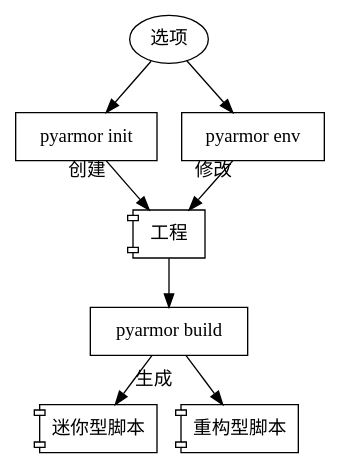
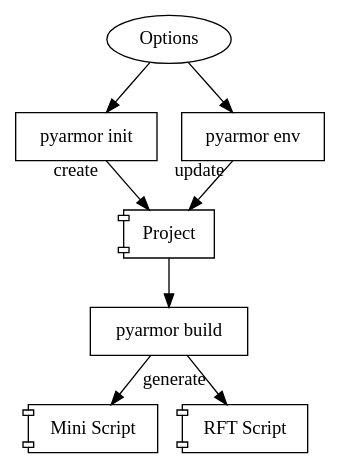
Before and after one commit to dashingsoft/dashingsoft.github.io: the third of 3 diagrams in pyarmor/docs/user/concepts.rst, drawn with Graphviz. The commit also changed other lines of this file and 12 other files, not shown here.

```diff
--- a/pyarmor/docs/user/concepts.rst
+++ b/pyarmor/docs/user/concepts.rst
@@ -90,25 +94,25 @@
 .. graphviz::
 
    digraph Structure {
 
-     P1 [label="工程" shape=component]
+     P1 [label="Project" shape=component]
 
      C1 [label="pyarmor init" shape=rect]
      C2 [label="pyarmor env" shape=rect]
      C3 [label="pyarmor build" shape=rect]
 
-     X1 [label="选项"]
+     X1 [label="Options"]
 
-     S1 [label="迷你型脚本" shape=component]
-     S2 [label="重构型脚本" shape=component]
+     S1 [label="Mini Script" shape=component]
+     S2 [label="RFT Script" shape=component]
 
      X1->C1
-     C1->P1 [taillabel="创建"]
+     C1->P1 [taillabel="create"]
 
      X1->C2
-     C2->P1 [taillabel="修改"]
+     C2->P1 [taillabel="update"]
 
      P1->C3
-     C3->S1 [label="生成" labelfloat=true]
+     C3->S1 [label="generate" labelfloat=true]
      C3->S2
    }
```
